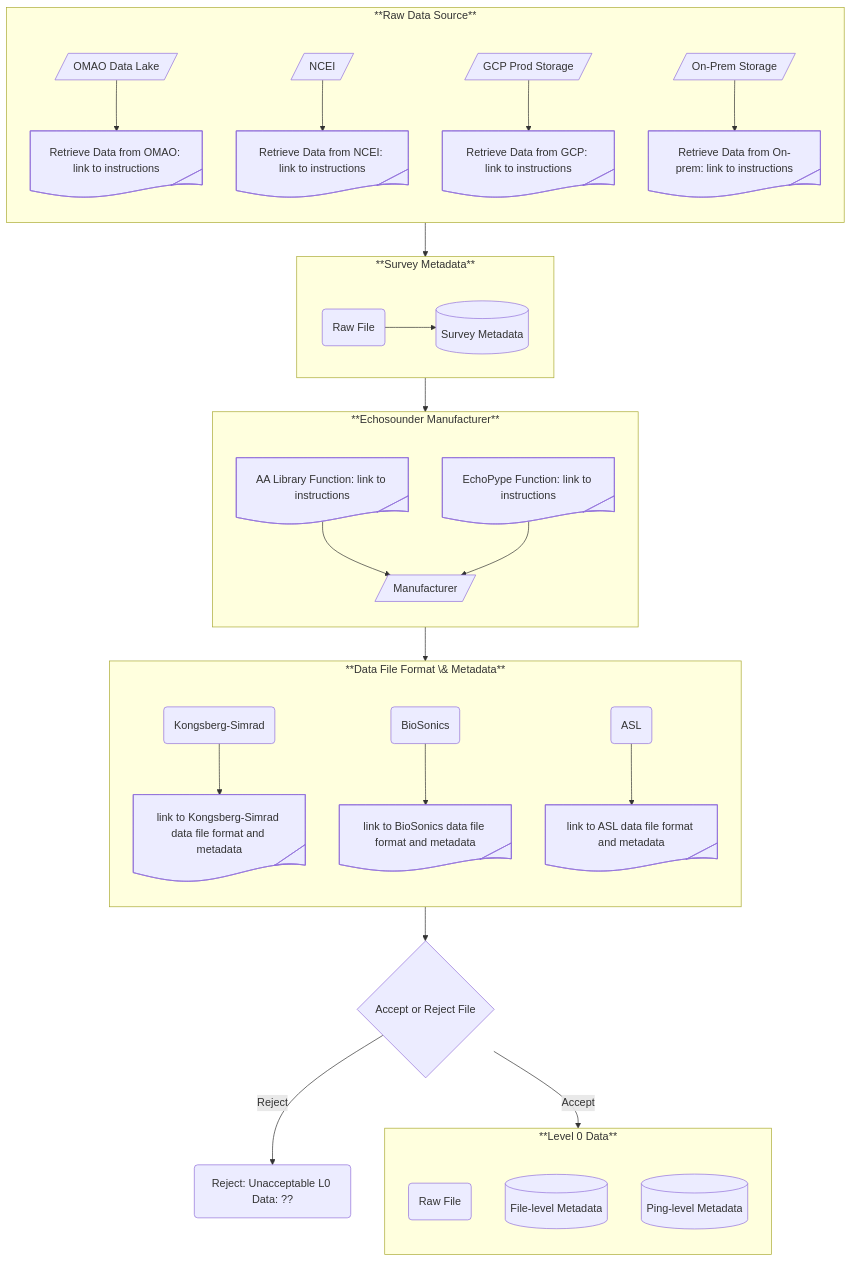
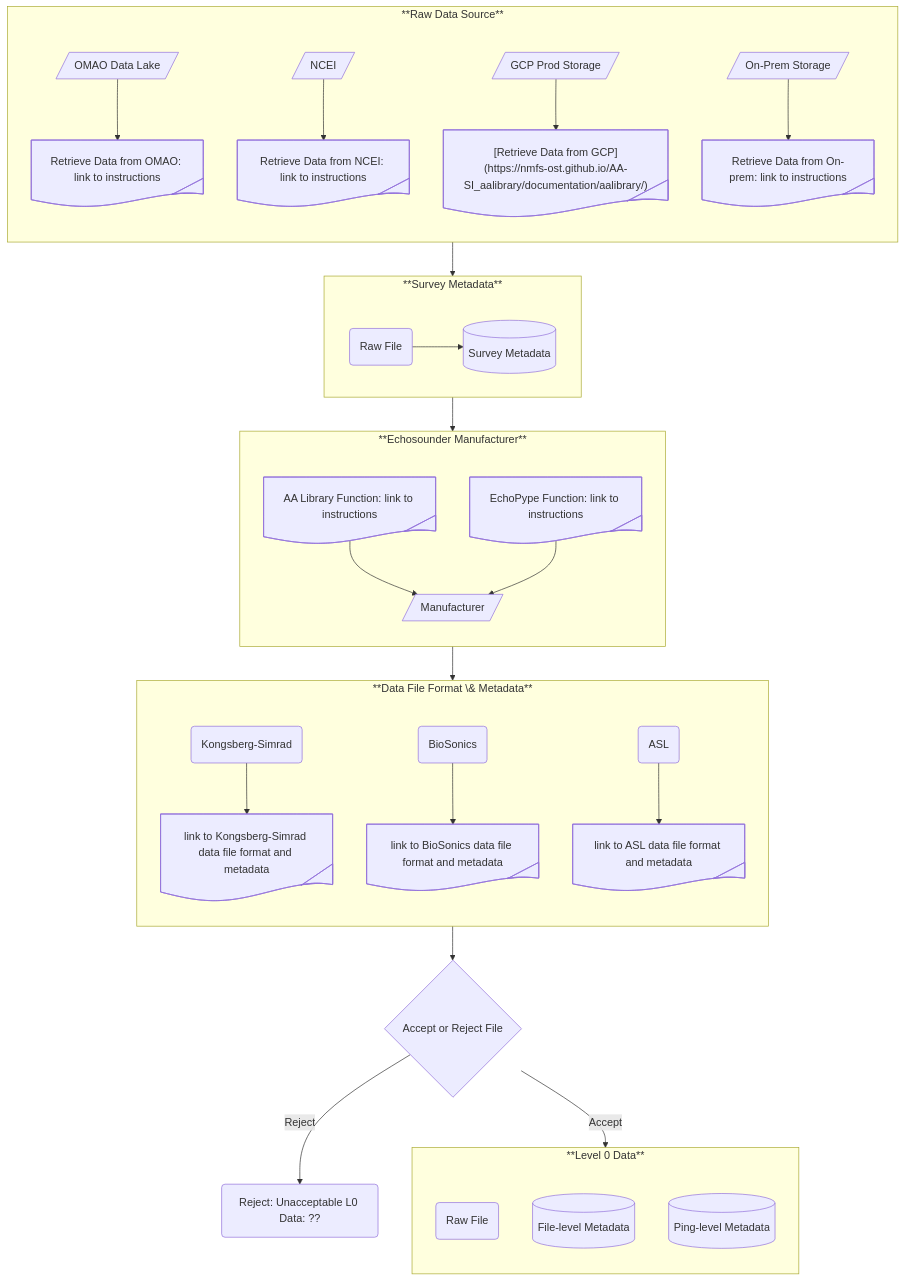
Before and after one commit to nmfs-ost/AA-SI_DataRoadMap: the first of 5 diagrams in README.md, drawn with Mermaid.

Commit message:
Update GCP data retrieval link in README
Updated link for retrieving data from GCP in the README.

````diff
--- a/README.md
+++ b/README.md
@@ -77,45 +77,45 @@
 ```mermaid
 ---
 config:
     flowchart:
         subGraphTitleMargin:
             "bottom": 30
 ---
 flowchart TB
     subgraph SG_L0_DataSource["**Raw Data Source**"]
         direction TB
         node_L0_SrcOMAO@{shape: lean-r, label: "OMAO Data Lake"} --> node_L0_OMAO@{ shape: tag-doc, label: "Retrieve Data from OMAO: link to instructions" }
         node_L0_SrcNCEI@{shape: lean-r, label: "NCEI"} --> node_L0_NCEI@{ shape: tag-doc, label: "Retrieve Data from NCEI: link to instructions" }
-        node_L0_SrcGCP@{shape: lean-r, label: "GCP Prod Storage"} --> node_L0_GCP@{ shape: tag-doc, label: "Retrieve Data from GCP: link to instructions" }
+        node_L0_SrcGCP@{shape: lean-r, label: "GCP Prod Storage"} --> node_L0_GCP@{ shape: tag-doc, label: "[Retrieve Data from GCP](https://nmfs-ost.github.io/AA-SI_aalibrary/documentation/aalibrary/)" }
         node_L0_SrcOP@{shape: lean-r, label: "On-Prem Storage"} --> node_L0_OP@{ shape: tag-doc, label: "Retrieve Data from On-prem: link to instructions" }
         %%style node_SrcOMAO color:blue
     end
     subgraph SG_L0_SurveyMetaData["**Survey Metadata**"]
         direction LR
         node_L0_RF@{ shape: rounded, label: "Raw File" } --> node_L0_SMD@{ shape: database, label: <a href="https://github.com/nmfs-ost/AA-SI_metadata"> "Survey Metadata"</a> }
     end
     subgraph SG_L0_ESManufacturer["**Echosounder Manufacturer**"]
         direction TB
         node_L0_AL1@{shape: tag-doc, label: "AA Library Function: link to instructions"} --> node_L0_Man@{ shape: lean-r, label: "Manufacturer" }
         node_L0_AL2@{shape: tag-doc, label: "EchoPype Function: link to instructions"} --> node_L0_Man
     end
     subgraph SG_L0_ESMetaData["**Data File Format \& Metadata**"]
         direction TB
         node_L0_KS@{ shape: rounded, label: "Kongsberg-Simrad" } --> node_L0_KSMD@{ shape: tag-doc, label: "link to Kongsberg-Simrad data file format and metadata" }
         node_L0_BS@{ shape: rounded, label: "BioSonics" } --> node_L0_BSMD@{ shape: tag-doc, label: "link to BioSonics data file format and metadata" }
         node_L0_ASL@{ shape: rounded, label: "ASL" } --> node_L0_ASLMD@{ shape: tag-doc, label: "link to ASL data file format and metadata" }
     end
     subgraph SG_L0_Data["**Level 0 Data**"]
         direction TB
         node_L0_RD@{ shape: rounded, label: "Raw File" }
         node_L0_SMD@{ shape: database, label: "Survey Metadata" }
         node_L0_FMD@{ shape: database, label: "File-level Metadata" }
         node_L0_PMD@{ shape: database, label: "Ping-level Metadata" }
     end
     SG_L0_DataSource --> SG_L0_SurveyMetaData
     SG_L0_SurveyMetaData --> SG_L0_ESManufacturer
     SG_L0_ESManufacturer --> SG_L0_ESMetaData
     SG_L0_ESMetaData --> node_AcceptReject@{ shape: diamond, label: "Accept or Reject File" }
     node_AcceptReject --> |Accept| SG_L0_Data
     node_AcceptReject --> |Reject| node_Reject_L0@{ shape: rounded, label: "Reject: Unacceptable L0 Data: ??" }
 ```
````
